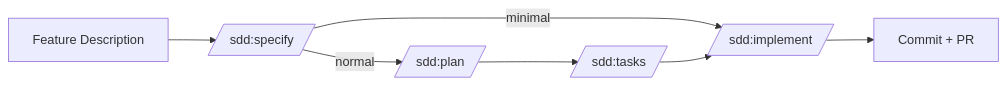
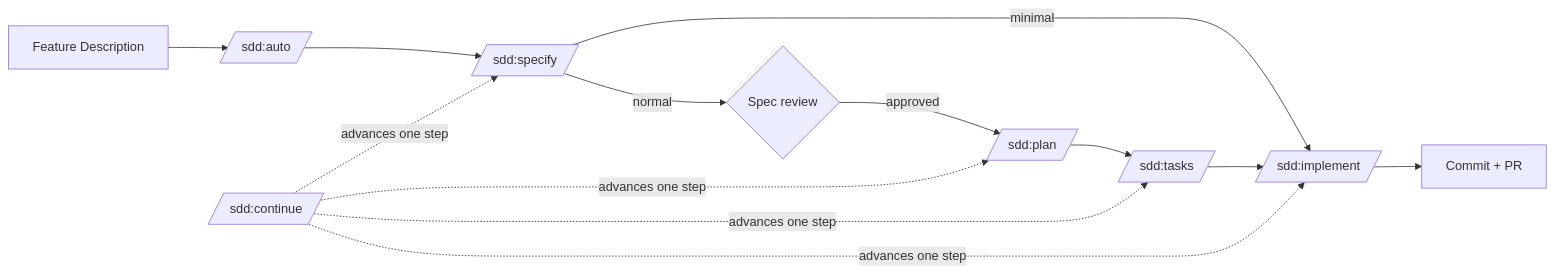
One commit to alfredoperez/sdd changed the first of 5 diagrams in docs/ARCHITECTURE.md. Above: the diagram before and after it, drawn with Mermaid. The commit also changed other lines of this file and 12 other files, not shown here.

First line of the commit message:
feat(skills): add auto and continue skills for pipeline orchestration

````diff
--- a/docs/ARCHITECTURE.md
+++ b/docs/ARCHITECTURE.md
@@ -7,9 +7,13 @@
 ```mermaid
 flowchart LR
-    A[Feature Description] --> B[/sdd:specify/]
-    B -->|normal| C[/sdd:plan/]
+    A[Feature Description] --> Auto[/sdd:auto/]
+    Auto --> B[/sdd:specify/]
+    B -->|normal| Gate{Spec review}
+    Gate -->|approved| C[/sdd:plan/]
     B -->|minimal| F[/sdd:implement/]
     C --> D[/sdd:tasks/]
     D --> F
     F --> G[Commit + PR]
+
+    Continue[/sdd:continue/] -.->|"advances one step"| B & C & D & F
 ```
````
